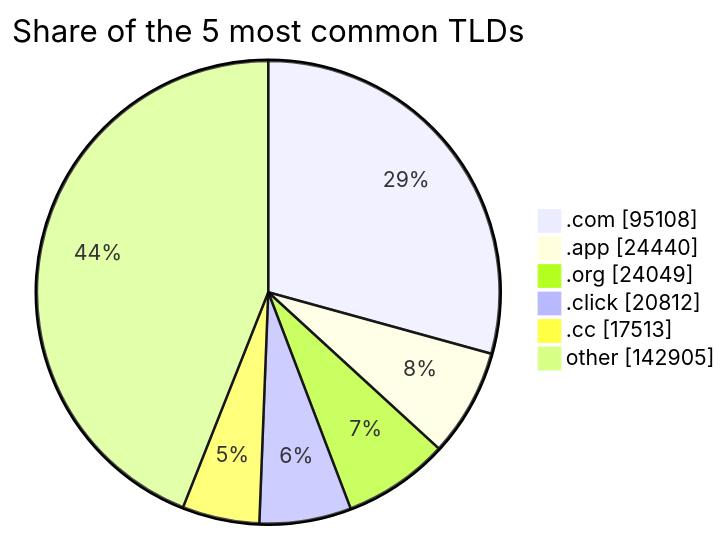
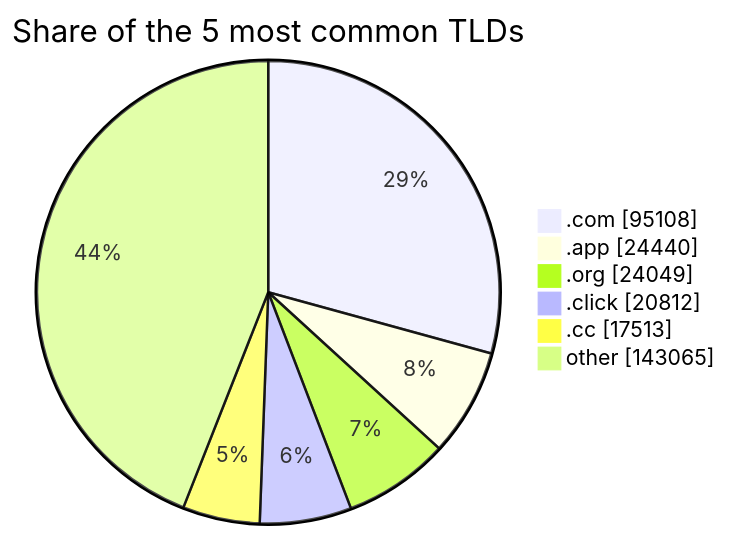
Before and after one commit to DNSBunker/CTI: the third of 3 diagrams in README.md, drawn with Mermaid. The commit also changed other lines of this file and 4 other files, not shown here.

````diff
--- a/README.md
+++ b/README.md
@@ -81,9 +81,9 @@
 ```mermaid
 pie showData title Share of the 5 most common TLDs
     ".com" : 95108
     ".app" : 24440
     ".org" : 24049
     ".click" : 20812
     ".cc" : 17513
-    "other" : 142905
+    "other" : 143065
 ```
````
